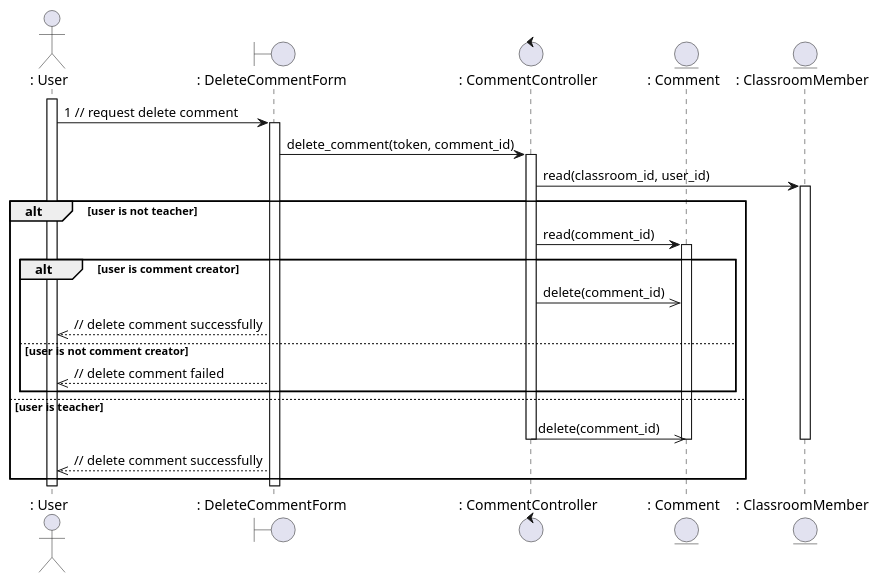
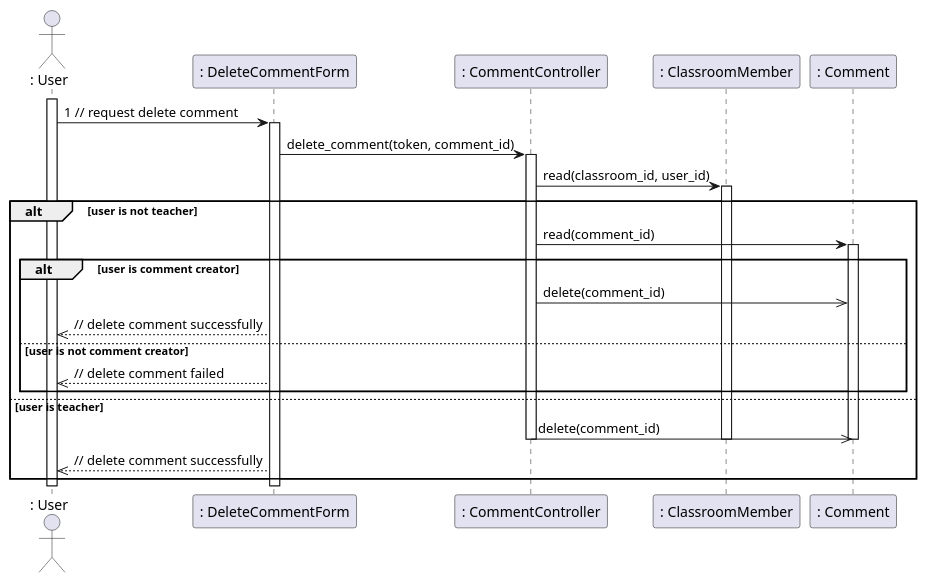
Before and after one commit to anonyhostvn/OOAD-Diagram: the diagram in sequence - design/comment/deleteComment.plantuml, drawn with PlantUML. The commit also changed 7 other files, not shown here.

Commit message:
fix sequence design actor icon

```diff
--- a/sequence - design/comment/deleteComment.plantuml
+++ b/sequence - design/comment/deleteComment.plantuml
@@ -1,38 +1,34 @@
 @startuml deleteTopic
 
 actor ": User"
-boundary ": DeleteCommentForm"
-control ": CommentController"
-entity ": Comment"
-entity ": ClassroomMember"
 
 activate ": User"
 
 ": User" -> ": DeleteCommentForm": 1 // request delete comment 
 activate ": DeleteCommentForm"
 ": DeleteCommentForm" -> ": CommentController": delete_comment(token, comment_id)
 activate ": CommentController"
 ": CommentController" -> ": ClassroomMember": read(classroom_id, user_id)
 activate ": ClassroomMember"
 alt user is not teacher
     ": CommentController" -> ": Comment": read(comment_id)
     activate ": Comment"
     alt user is comment creator
         ": CommentController" ->> ": Comment": delete(comment_id)
         ": DeleteCommentForm" -->> ": User": // delete comment successfully
     else user is not comment creator
         ": DeleteCommentForm" -->> ": User": // delete comment failed
     end
 else user is teacher
     ": CommentController" ->> ": Comment": delete(comment_id)
     deactivate ": Comment"
     deactivate ": ClassroomMember"
     deactivate ": CommentController"
     ": DeleteCommentForm" -->> ": User": // delete comment successfully
 end
 
 deactivate ": User"
 deactivate ": DeleteCommentForm"
 
 
 @enduml
```
